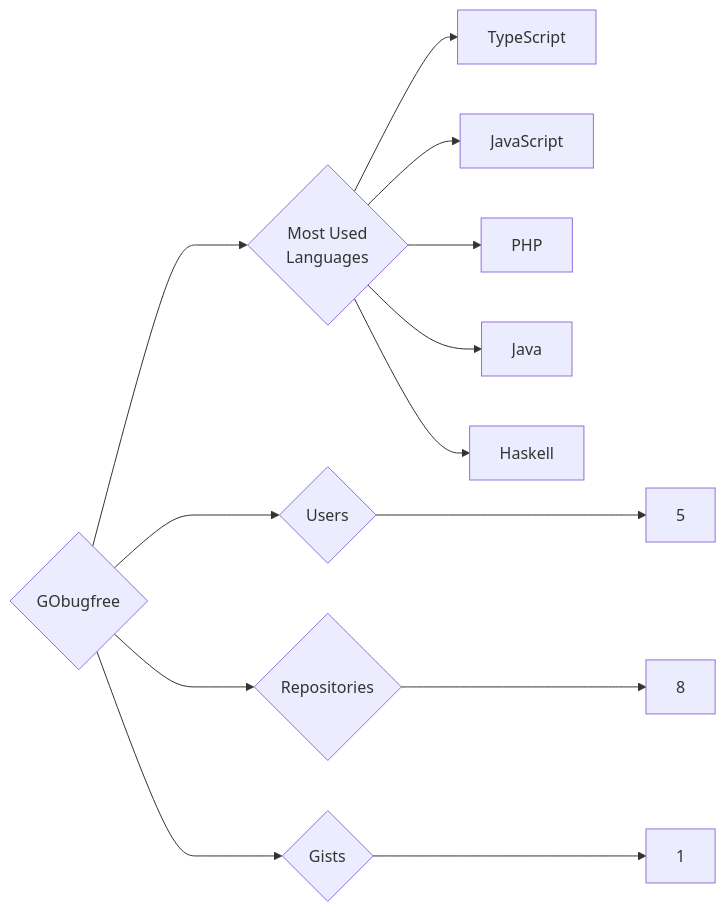
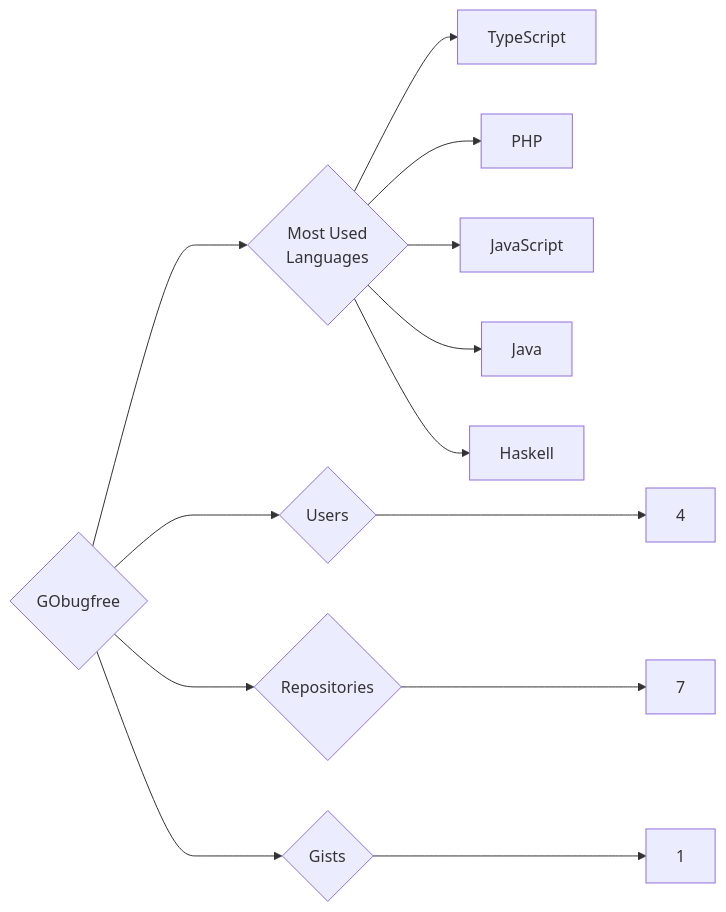
The diagram in targets/GObugfree/README.md (trickest/insiders), drawn with Mermaid before and after one commit. The commit also changed 1023 other files, not shown here.

````diff
--- a/targets/GObugfree/README.md
+++ b/targets/GObugfree/README.md
@@ -3,13 +3,13 @@
 ```mermaid
 graph LR
 COMPANY_NAME{GObugfree}
-COMPANY_NAME ---> U{Users} ---> UN[5]
-COMPANY_NAME ---> R{Repositories} ---> RN[8]
+COMPANY_NAME ---> U{Users} ---> UN[4]
+COMPANY_NAME ---> R{Repositories} ---> RN[7]
 COMPANY_NAME ---> G{Gists} ---> GN[1]
 COMPANY_NAME ---> ML{Most Used<br>Languages}
 ML --> TypeScript[TypeScript]
+ML --> PHP[PHP]
 ML --> JavaScript[JavaScript]
-ML --> PHP[PHP]
 ML --> Java[Java]
 ML --> Haskell[Haskell]
 ```
````
